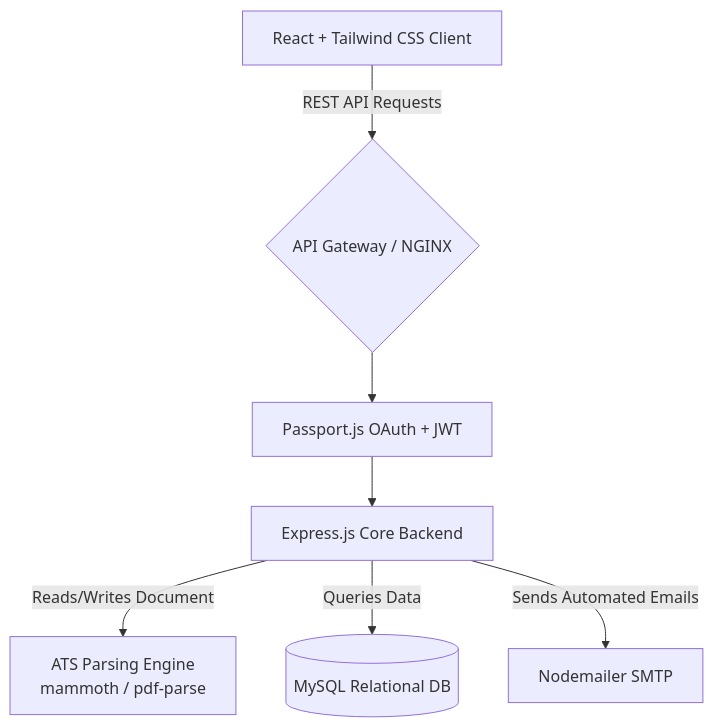
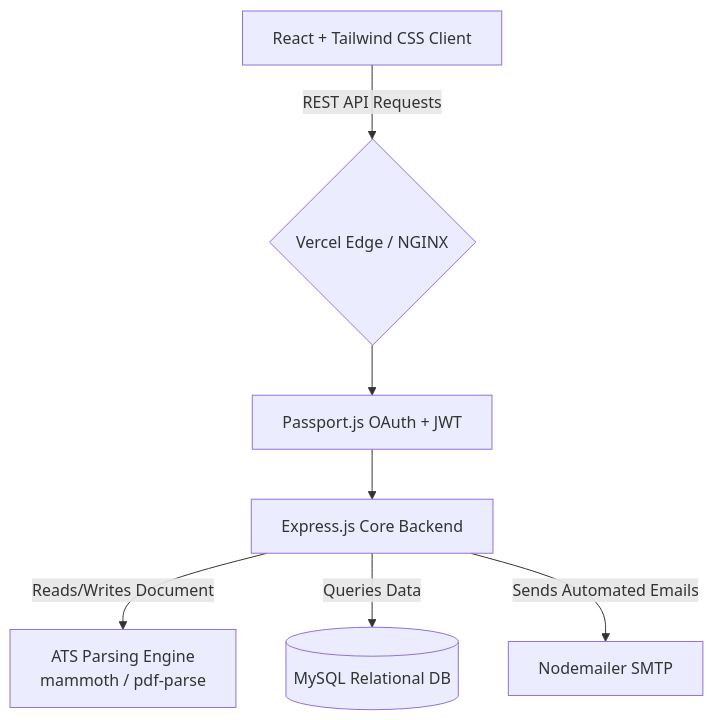
Before and after one commit to ruthwik-thotapelli/TalentBridge-Secure-Enterprise-Full-Stack-Hiring-Platform: the diagram in README.md, drawn with Mermaid. The commit also changed other lines of this file, not shown here.

Commit message:
docs: add Vercel live link, business ROI section, and frontend performance details

````diff
--- a/README.md
+++ b/README.md
@@ -54,17 +74,17 @@
 ```mermaid
 graph TD
     Client[React + Tailwind CSS Client]
-    LoadBalancer{API Gateway / NGINX}
+    LoadBalancer{Vercel Edge / NGINX}
     Auth[Passport.js OAuth + JWT]
     CoreAPI[Express.js Core Backend]
     ATSEngine[ATS Parsing Engine<br>mammoth / pdf-parse]
     DB[(MySQL Relational DB)]
     Mail[Nodemailer SMTP]
 
     Client -->|REST API Requests| LoadBalancer
     LoadBalancer --> Auth
     Auth --> CoreAPI
     CoreAPI -->|Reads/Writes Document| ATSEngine
     CoreAPI -->|Queries Data| DB
     CoreAPI -->|Sends Automated Emails| Mail
 ```
````
